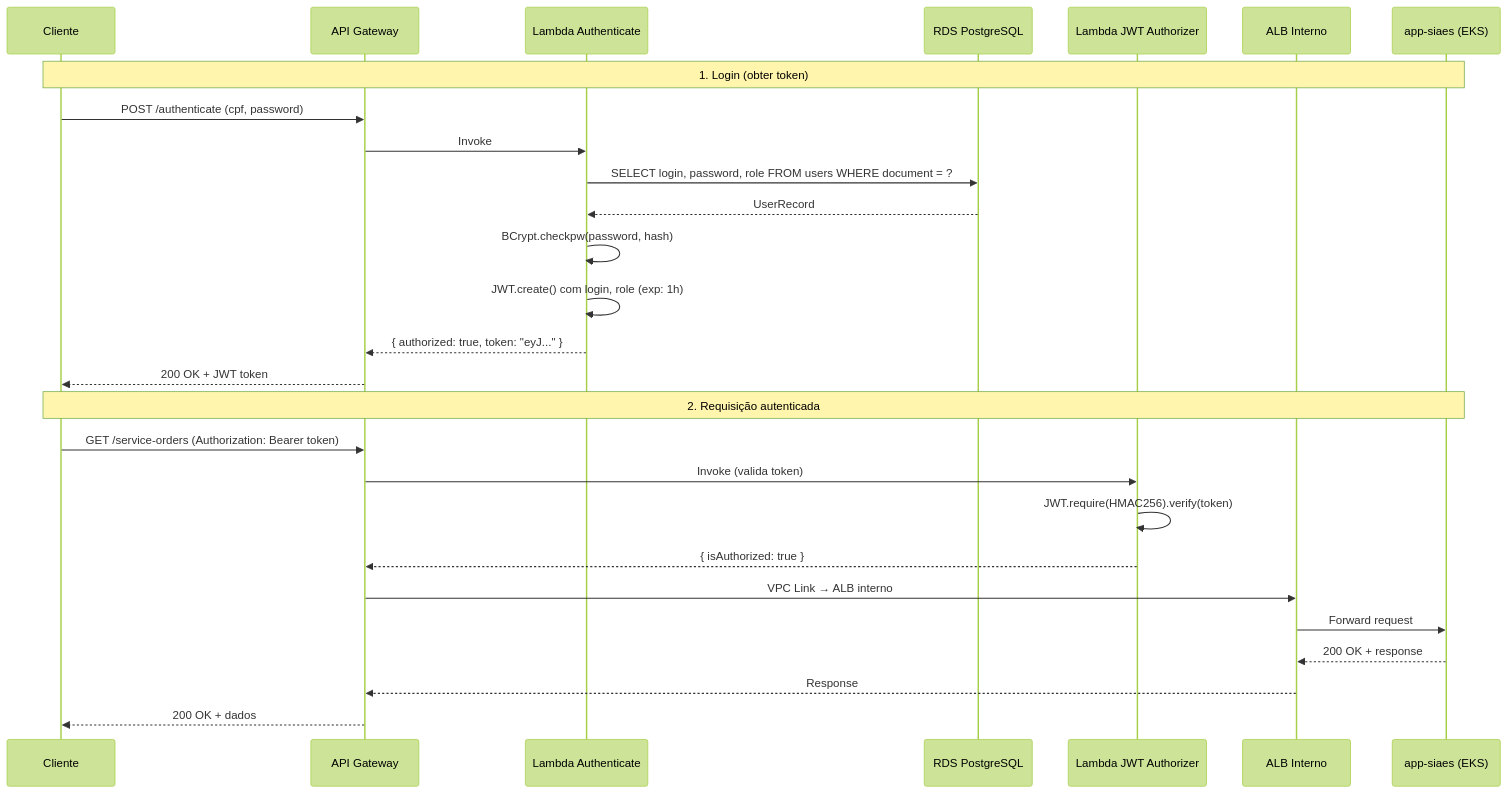
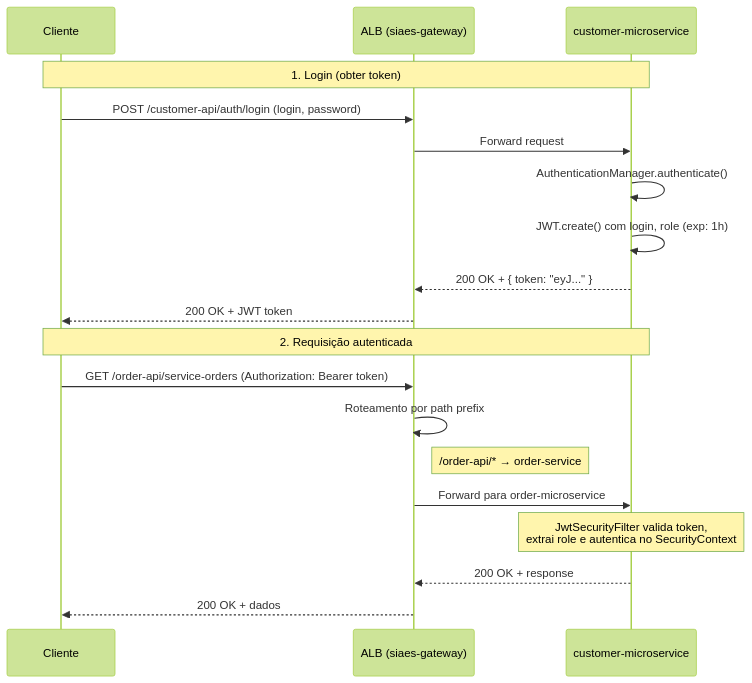
The third of 7 diagrams in profile/README.md (NullPointerXp/.github), drawn with Mermaid (forest theme) before and after one commit. The commit also changed other lines of this file, not shown here.

First line of the commit message:
docs: atualizar arquitetura para Fase 4 — microserviços com ALB unificado

````diff
--- a/profile/README.md
+++ b/profile/README.md
@@ -61,31 +188,23 @@
 ```mermaid
 sequenceDiagram
     participant Client as Cliente
-    participant APIGW as API Gateway
-    participant LambdaAuth as Lambda Authenticate
-    participant RDS as RDS PostgreSQL
-    participant JWTAuth as Lambda JWT Authorizer
-    participant ALB as ALB Interno
-    participant App as app-siaes (EKS)
+    participant ALB as ALB (siaes-gateway)
+    participant Customer as customer-microservice
 
-    Note over Client,App: 1. Login (obter token)
-    Client->>APIGW: POST /authenticate (cpf, password)
-    APIGW->>LambdaAuth: Invoke
-    LambdaAuth->>RDS: SELECT login, password, role FROM users WHERE document = ?
-    RDS-->>LambdaAuth: UserRecord
-    LambdaAuth->>LambdaAuth: BCrypt.checkpw(password, hash)
-    LambdaAuth->>LambdaAuth: JWT.create() com login, role (exp: 1h)
-    LambdaAuth-->>APIGW: { authorized: true, token: "eyJ..." }
-    APIGW-->>Client: 200 OK + JWT token
+    Note over Client,Customer: 1. Login (obter token)
+    Client->>ALB: POST /customer-api/auth/login (login, password)
+    ALB->>Customer: Forward request
+    Customer->>Customer: AuthenticationManager.authenticate()
+    Customer->>Customer: JWT.create() com login, role (exp: 1h)
+    Customer-->>ALB: 200 OK + { token: "eyJ..." }
+    ALB-->>Client: 200 OK + JWT token
 
-    Note over Client,App: 2. Requisição autenticada
-    Client->>APIGW: GET /service-orders (Authorization: Bearer token)
-    APIGW->>JWTAuth: Invoke (valida token)
-    JWTAuth->>JWTAuth: JWT.require(HMAC256).verify(token)
-    JWTAuth-->>APIGW: { isAuthorized: true }
-    APIGW->>ALB: VPC Link → ALB interno
-    ALB->>App: Forward request
-    App-->>ALB: 200 OK + response
-    ALB-->>APIGW: Response
-    APIGW-->>Client: 200 OK + dados
+    Note over Client,Customer: 2. Requisição autenticada
+    Client->>ALB: GET /order-api/service-orders (Authorization: Bearer token)
+    ALB->>ALB: Roteamento por path prefix
+    Note right of ALB: /order-api/* → order-service
+    ALB->>Customer: Forward para order-microservice
+    Note over Customer: JwtSecurityFilter valida token,<br/>extrai role e autentica no SecurityContext
+    Customer-->>ALB: 200 OK + response
+    ALB-->>Client: 200 OK + dados
 ```
````
